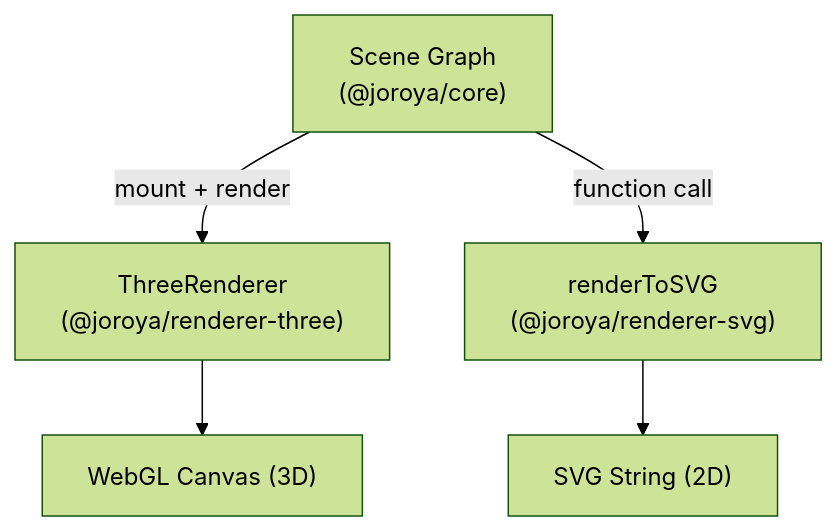
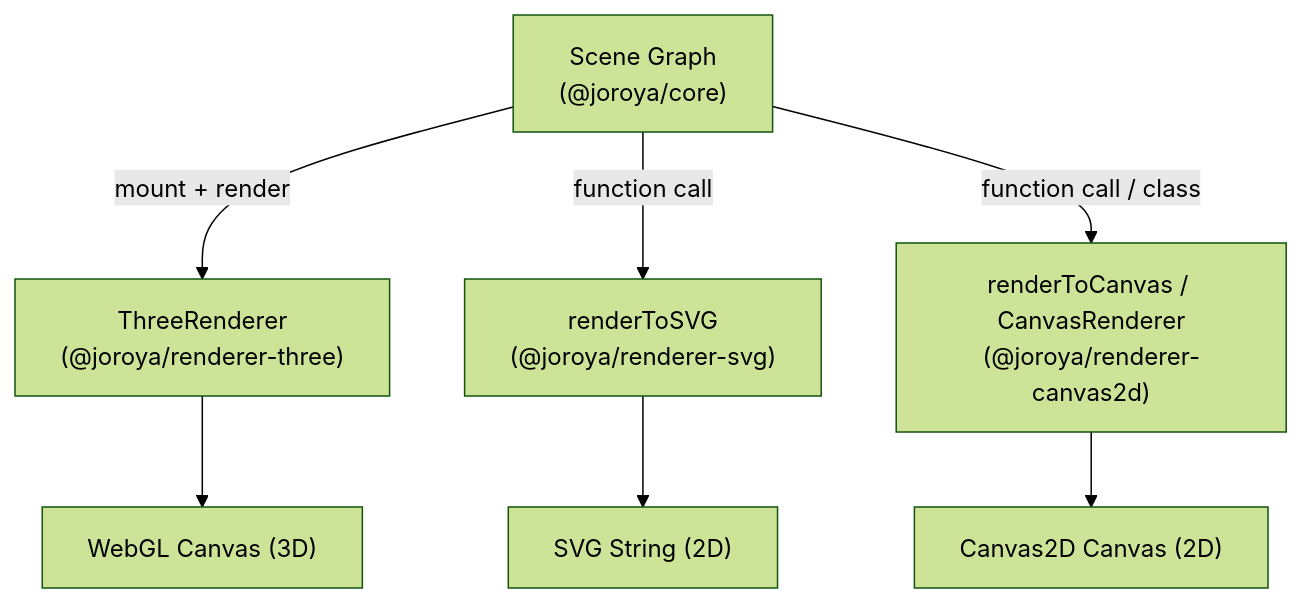
One commit to joshuacba08/oroya-animate changed the first of 4 diagrams in docs/renderers.md. Above: the diagram before and after it, drawn with Mermaid (forest theme). The commit also changed other lines of this file and 39 other files, not shown here.

Commit message:
docs: initialize comprehensive documentation site and project architecture references

````diff
--- a/docs/renderers.md
+++ b/docs/renderers.md
@@ -9,13 +9,17 @@
 ```mermaid
 graph TD
     SG["Scene Graph\n(@joroya/core)"]
     R3["ThreeRenderer\n(@joroya/renderer-three)"]
     RS["renderToSVG\n(@joroya/renderer-svg)"]
+    RC["renderToCanvas / CanvasRenderer\n(@joroya/renderer-canvas2d)"]
     WEBGL["WebGL Canvas (3D)"]
     SVG["SVG String (2D)"]
+    CANVAS["Canvas2D Canvas (2D)"]
 
     SG -->|"mount + render"| R3
     SG -->|"function call"| RS
+    SG -->|"function call / class"| RC
     R3 --> WEBGL
     RS --> SVG
+    RC --> CANVAS
 ```
````
